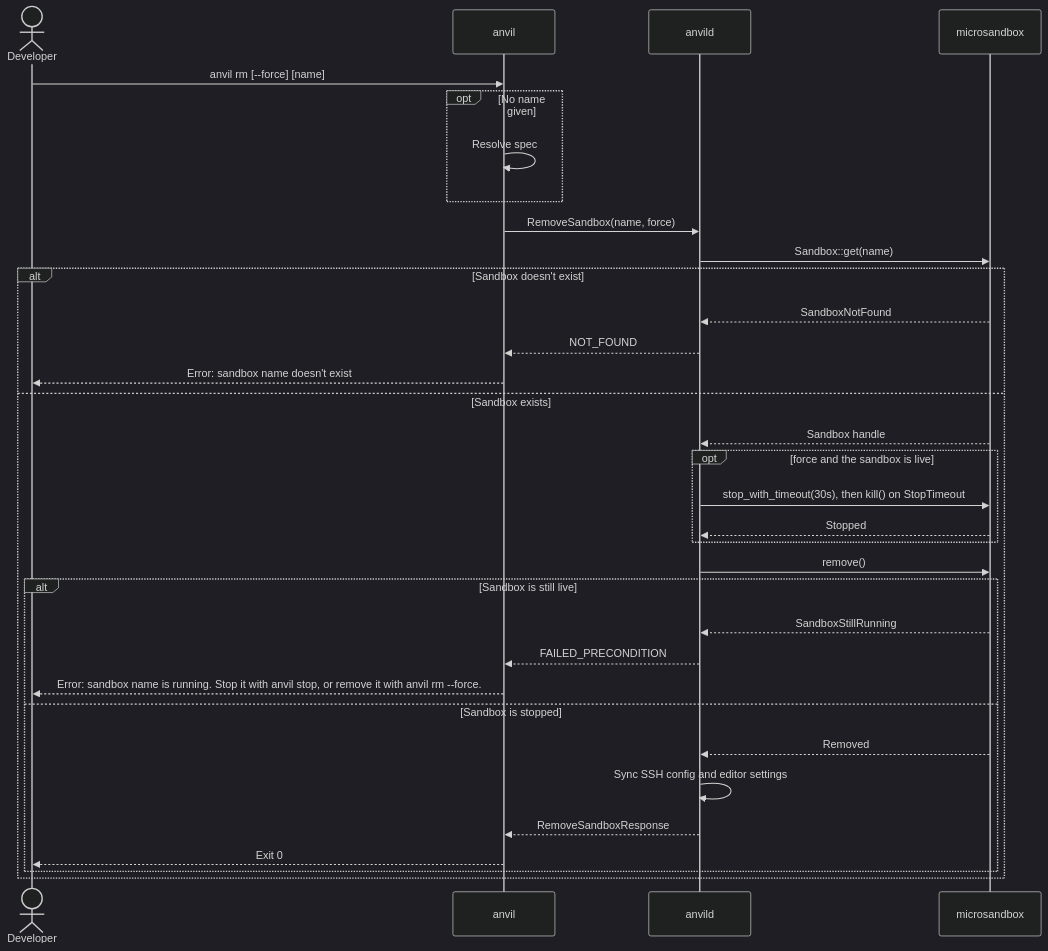
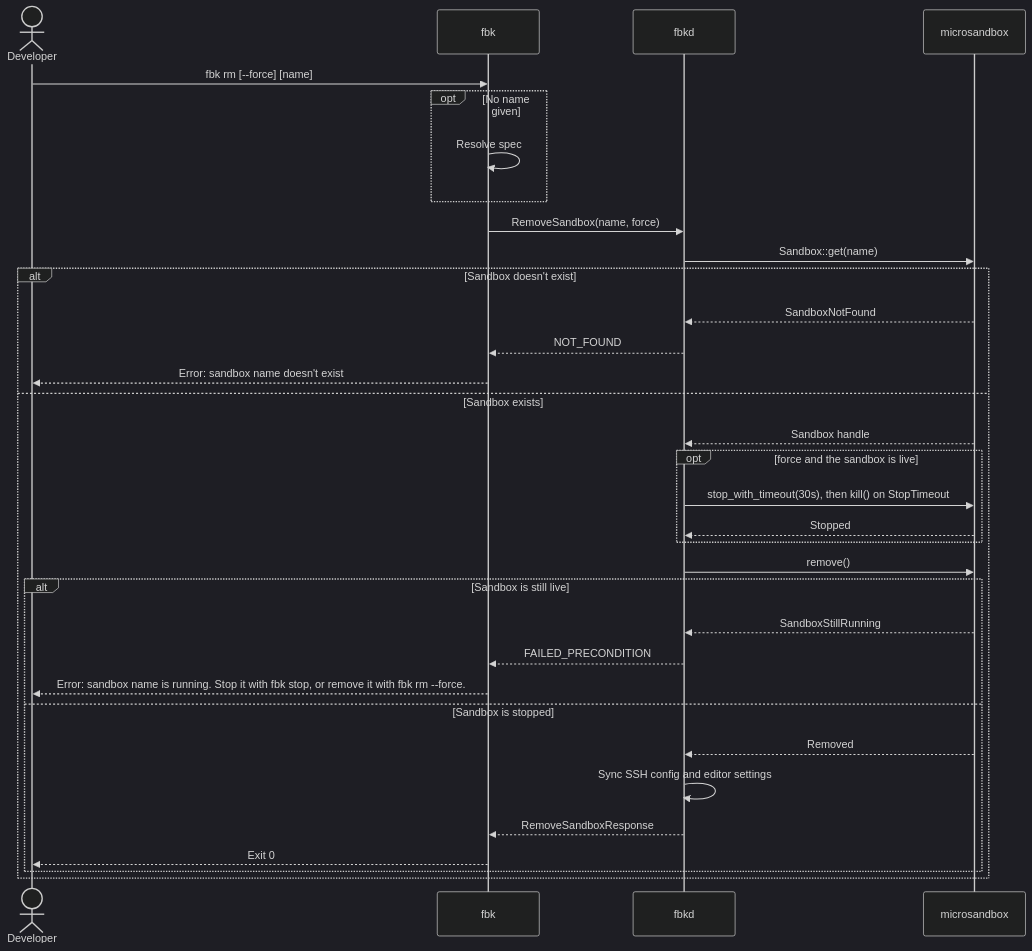
One commit to wmeints/anvil changed the third of 6 diagrams in docs/architecture/06-runtime-view.md. Above: the diagram before and after it, drawn with Mermaid (dark theme). The commit also changed other lines of this file and 57 other files, not shown here.

````diff
--- a/docs/architecture/06-runtime-view.md
+++ b/docs/architecture/06-runtime-view.md
@@ -150,36 +151,36 @@
 ```mermaid
 sequenceDiagram
     actor Dev as Developer
-    participant CLI as anvil
-    participant D as anvild
+    participant CLI as fbk
+    participant D as fbkd
     participant MS as microsandbox
 
-    Dev->>CLI: anvil rm [--force] [name]
+    Dev->>CLI: fbk rm [--force] [name]
     opt No name given
         CLI->>CLI: Resolve spec
     end
     CLI->>D: RemoveSandbox(name, force)
     D->>MS: Sandbox::get(name)
     alt Sandbox doesn't exist
         MS-->>D: SandboxNotFound
         D-->>CLI: NOT_FOUND
         CLI-->>Dev: Error: sandbox name doesn't exist
     else Sandbox exists
         MS-->>D: Sandbox handle
         opt force and the sandbox is live
             D->>MS: stop_with_timeout(30s), then kill() on StopTimeout
             MS-->>D: Stopped
         end
         D->>MS: remove()
         alt Sandbox is still live
             MS-->>D: SandboxStillRunning
             D-->>CLI: FAILED_PRECONDITION
-            CLI-->>Dev: Error: sandbox name is running. Stop it with anvil stop, or remove it with anvil rm --force.
+            CLI-->>Dev: Error: sandbox name is running. Stop it with fbk stop, or remove it with fbk rm --force.
         else Sandbox is stopped
             MS-->>D: Removed
             D->>D: Sync SSH config and editor settings
             D-->>CLI: RemoveSandboxResponse
             CLI-->>Dev: Exit 0
         end
     end
 ```
````
